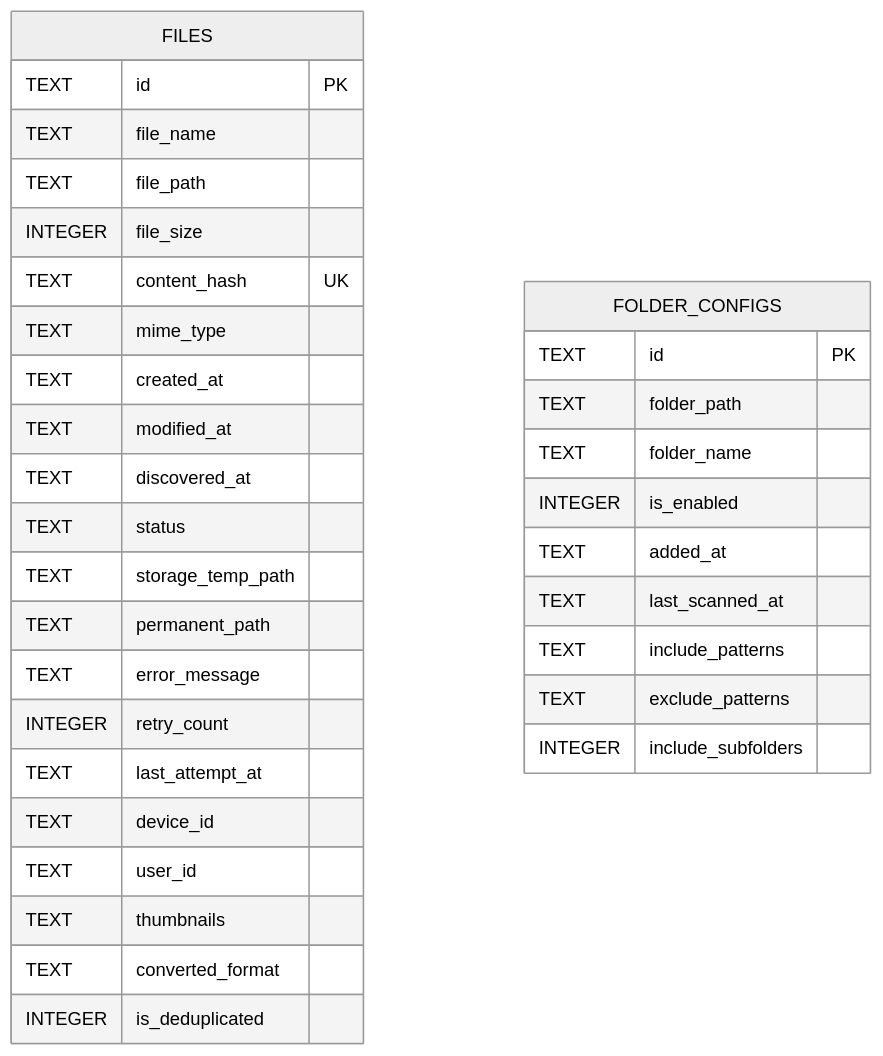
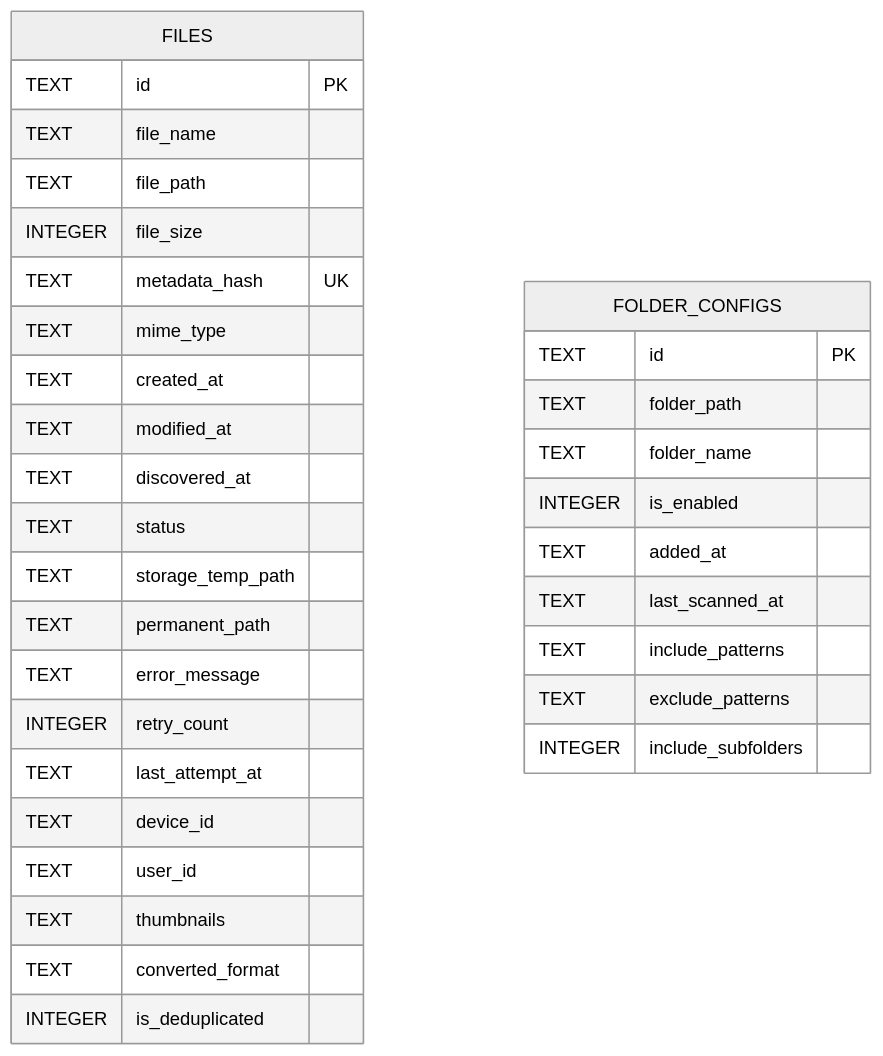
One commit to himadriHK/Stash changed the third of 10 diagrams in Stash/react_native_stash/docs/ARCHITECTURE.md. Above: the diagram before and after it, drawn with Mermaid (neutral theme). The commit also changed other lines of this file and 36 other files, not shown here.

````diff
--- a/Stash/react_native_stash/docs/ARCHITECTURE.md
+++ b/Stash/react_native_stash/docs/ARCHITECTURE.md
@@ -319,37 +318,37 @@
 ```mermaid
 erDiagram
     FILES {
         TEXT id PK
         TEXT file_name
         TEXT file_path
         INTEGER file_size
-        TEXT content_hash UK
+        TEXT metadata_hash UK
         TEXT mime_type
         TEXT created_at
         TEXT modified_at
         TEXT discovered_at
         TEXT status
         TEXT storage_temp_path
         TEXT permanent_path
         TEXT error_message
         INTEGER retry_count
         TEXT last_attempt_at
         TEXT device_id
         TEXT user_id
         TEXT thumbnails
         TEXT converted_format
         INTEGER is_deduplicated
     }
 
     FOLDER_CONFIGS {
         TEXT id PK
         TEXT folder_path
         TEXT folder_name
         INTEGER is_enabled
         TEXT added_at
         TEXT last_scanned_at
         TEXT include_patterns
         TEXT exclude_patterns
         INTEGER include_subfolders
     }
 ```
````
